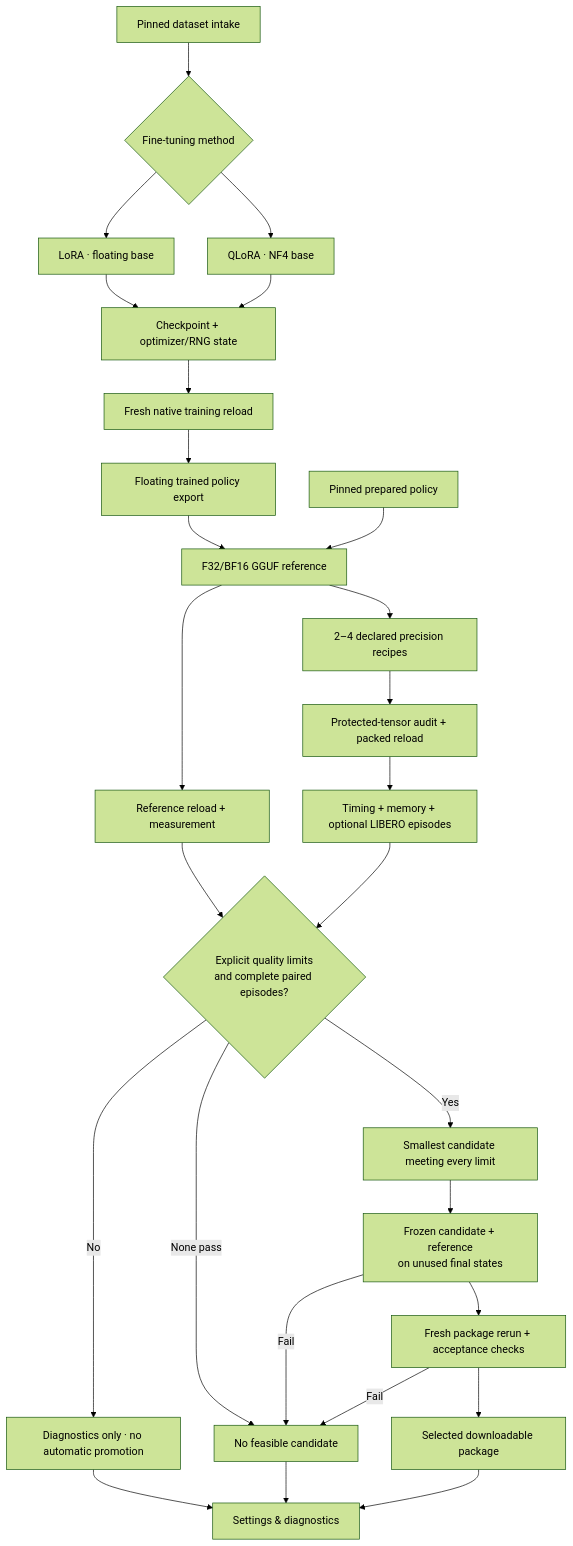
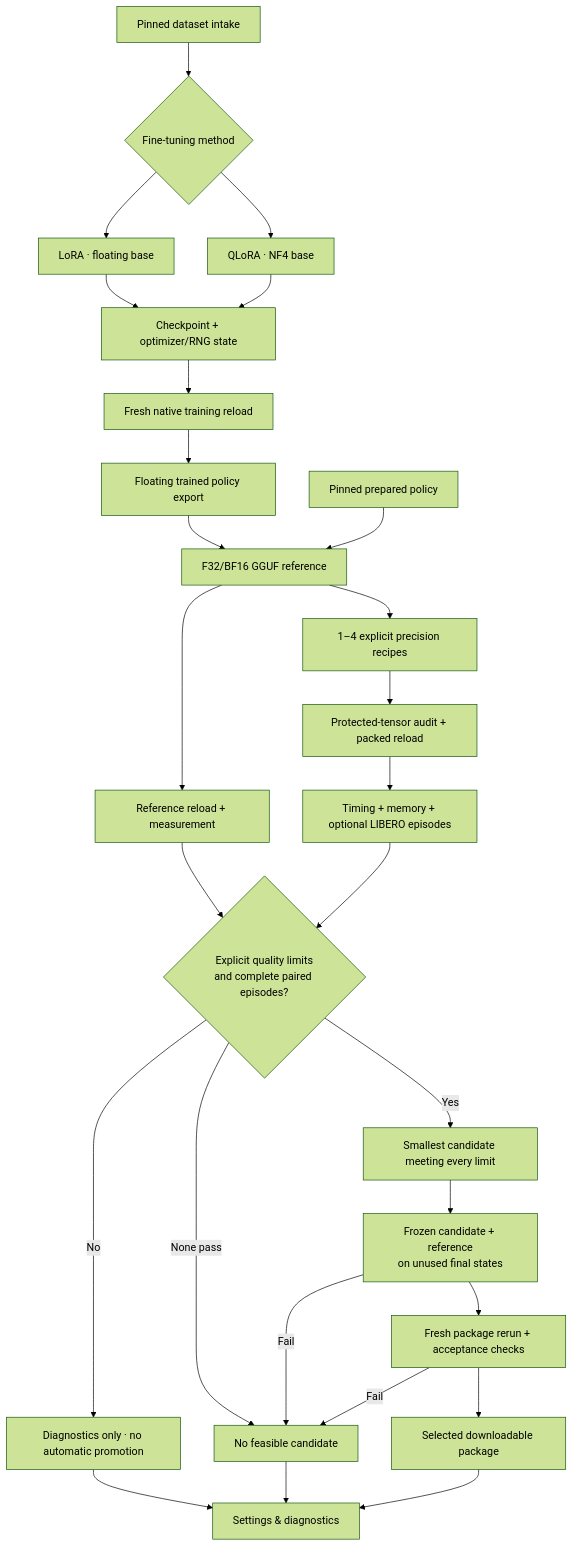
The diagram in docs/policy-workflow.md (OpenJensen/openjensen), drawn with Mermaid (forest theme) before and after one commit. The commit also changed other lines of this file and 10 other files, not shown here.

````diff
--- a/docs/policy-workflow.md
+++ b/docs/policy-workflow.md
@@ -34,29 +38,29 @@
 ```mermaid
 flowchart TD
     dataset["Pinned dataset intake"] --> method{"Fine-tuning method"}
     method --> lora["LoRA · floating base"]
     method --> qlora["QLoRA · NF4 base"]
     lora --> checkpoint["Checkpoint + optimizer/RNG state"]
     qlora --> checkpoint
     checkpoint --> verify["Fresh native training reload"]
     verify --> export["Floating trained policy export"]
     export --> float["F32/BF16 GGUF reference"]
     prepared["Pinned prepared policy"] --> float
     float --> baseline["Reference reload + measurement"]
-    float --> candidates["2–4 declared precision recipes"]
+    float --> candidates["1–4 explicit precision recipes"]
     candidates --> audit["Protected-tensor audit + packed reload"]
     audit --> measurement["Timing + memory + optional LIBERO episodes"]
     baseline --> decision{"Explicit quality limits<br/>and complete paired episodes?"}
     measurement --> decision
     decision -->|No| diagnostics["Diagnostics only · no automatic promotion"]
     decision -->|Yes| choose["Smallest candidate meeting every limit"]
     choose --> final["Frozen candidate + reference<br/>on unused final states"]
     final --> reload["Fresh package rerun + acceptance checks"]
     reload --> package["Selected downloadable package"]
     decision -->|None pass| failure["No feasible candidate"]
     final -->|Fail| failure
     reload -->|Fail| failure
     diagnostics --> settings["Settings & diagnostics"]
     failure --> settings
     package --> settings
 ```
````
